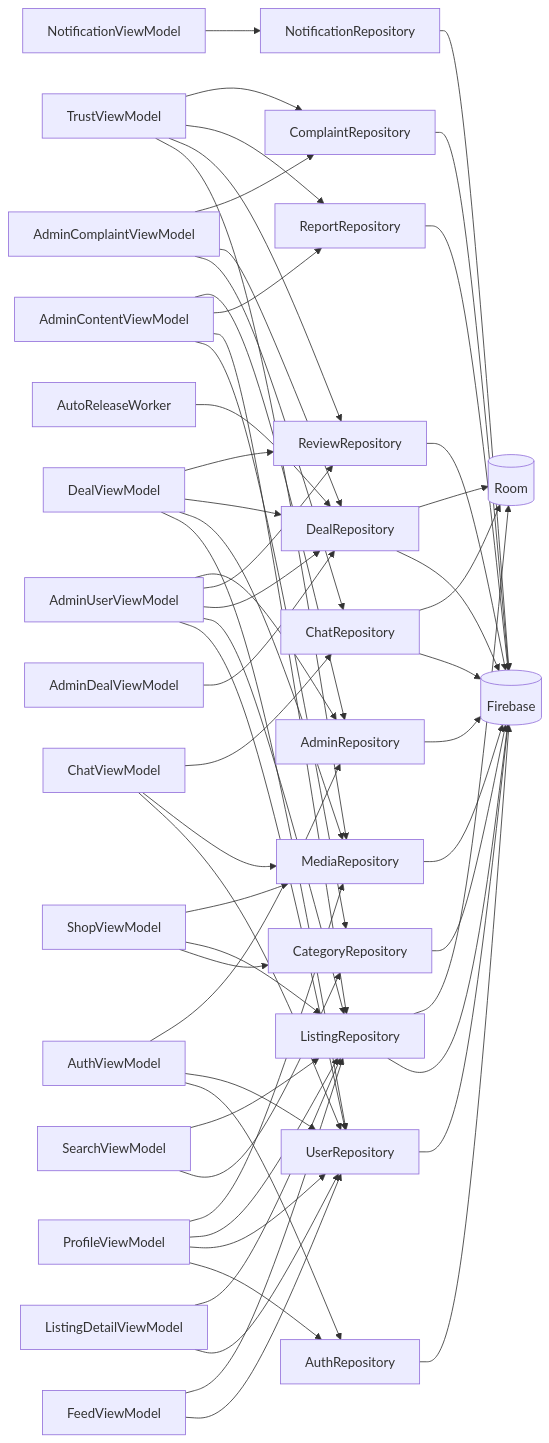
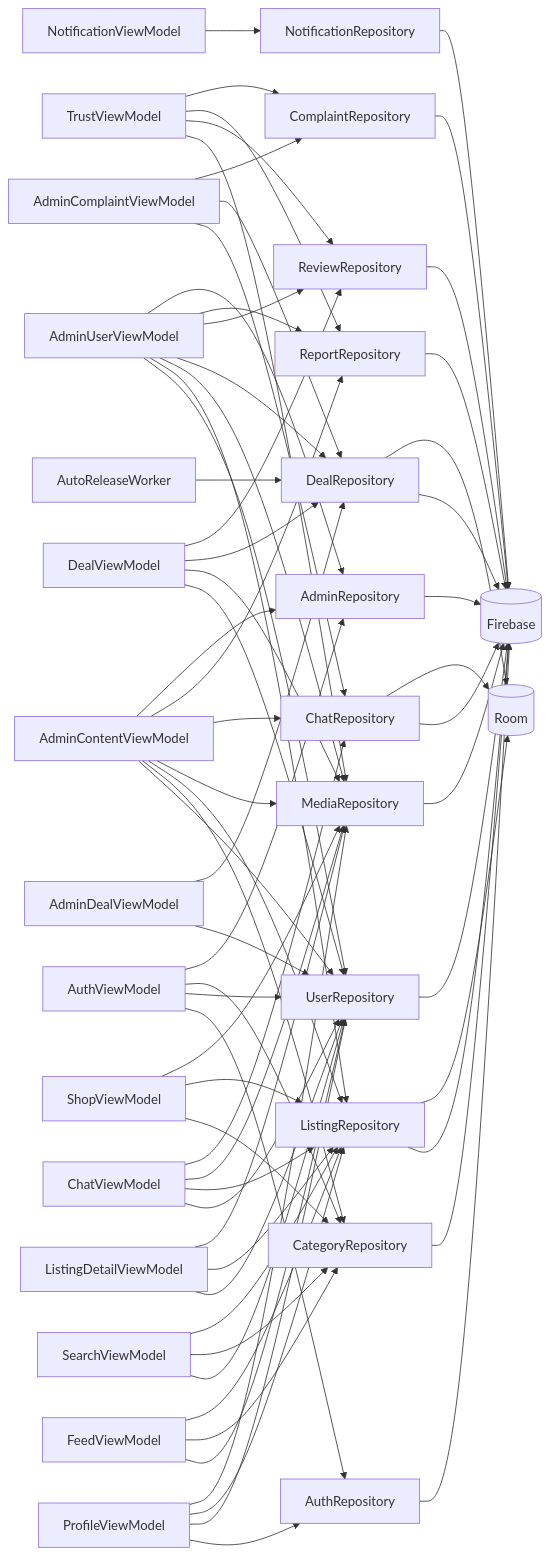
The diagram in workflow/docs/architecture/thanh-phan.md (tahpnart8/NHOM3-MobileApp), drawn with Mermaid before and after one commit. The commit also changed other lines of this file and 87 other files, not shown here.

````diff
--- a/workflow/docs/architecture/thanh-phan.md
+++ b/workflow/docs/architecture/thanh-phan.md
@@ -64,60 +64,71 @@
 ```mermaid
 flowchart LR
     AuthViewModel --> AuthRepository
     AuthViewModel --> UserRepository
+    AuthViewModel --> CategoryRepository
     AuthViewModel --> AdminRepository
     ProfileViewModel --> AuthRepository
     ProfileViewModel --> UserRepository
     ProfileViewModel --> ListingRepository
     ProfileViewModel --> MediaRepository
     ShopViewModel --> CategoryRepository
     ShopViewModel --> ListingRepository
     ShopViewModel --> MediaRepository
     FeedViewModel --> UserRepository
+    FeedViewModel --> CategoryRepository
     FeedViewModel --> ListingRepository
+    SearchViewModel --> UserRepository
     SearchViewModel --> CategoryRepository
     SearchViewModel --> ListingRepository
     ListingDetailViewModel --> UserRepository
     ListingDetailViewModel --> ListingRepository
+    ListingDetailViewModel --> MediaRepository
     ChatViewModel --> UserRepository
+    ChatViewModel --> ListingRepository
     ChatViewModel --> MediaRepository
     ChatViewModel --> ChatRepository
     DealViewModel --> UserRepository
     DealViewModel --> MediaRepository
     DealViewModel --> DealRepository
     DealViewModel --> ReviewRepository
     TrustViewModel --> MediaRepository
     TrustViewModel --> ReviewRepository
     TrustViewModel --> ReportRepository
     TrustViewModel --> ComplaintRepository
     NotificationViewModel --> NotificationRepository
     AdminUserViewModel --> UserRepository
     AdminUserViewModel --> ListingRepository
+    AdminUserViewModel --> MediaRepository
     AdminUserViewModel --> DealRepository
     AdminUserViewModel --> ReviewRepository
+    AdminUserViewModel --> ReportRepository
     AdminUserViewModel --> AdminRepository
+    AdminContentViewModel --> UserRepository
     AdminContentViewModel --> CategoryRepository
     AdminContentViewModel --> ListingRepository
+    AdminContentViewModel --> MediaRepository
+    AdminContentViewModel --> ChatRepository
     AdminContentViewModel --> ReportRepository
     AdminContentViewModel --> AdminRepository
+    AdminDealViewModel --> UserRepository
     AdminDealViewModel --> DealRepository
     AdminComplaintViewModel --> ChatRepository
     AdminComplaintViewModel --> DealRepository
     AdminComplaintViewModel --> ComplaintRepository
     AutoReleaseWorker --> DealRepository
     AuthRepository --> FB[(Firebase)]
     UserRepository --> FB[(Firebase)]
     CategoryRepository --> FB[(Firebase)]
     ListingRepository --> FB[(Firebase)]
     ListingRepository --> RM[(Room)]
     MediaRepository --> FB[(Firebase)]
     ChatRepository --> FB[(Firebase)]
     ChatRepository --> RM[(Room)]
     DealRepository --> FB[(Firebase)]
     DealRepository --> RM[(Room)]
     ReviewRepository --> FB[(Firebase)]
     ReportRepository --> FB[(Firebase)]
     ComplaintRepository --> FB[(Firebase)]
     NotificationRepository --> FB[(Firebase)]
     AdminRepository --> FB[(Firebase)]
 ```
````
